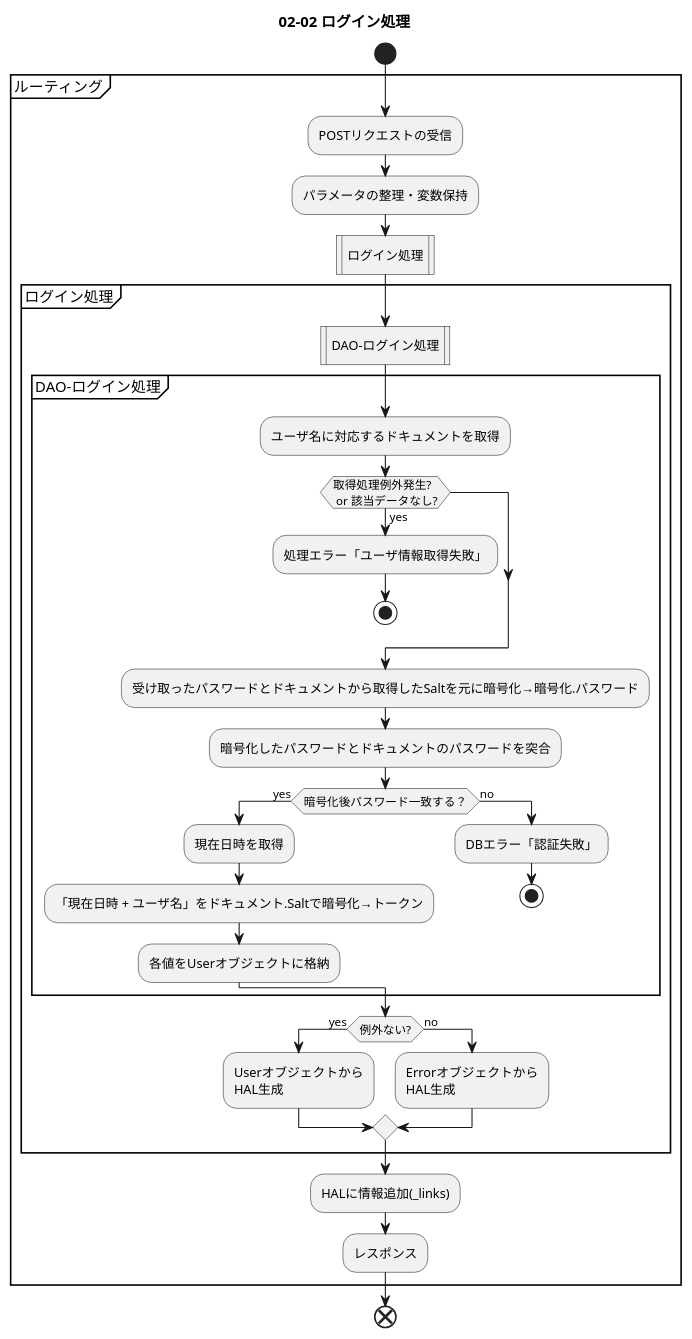
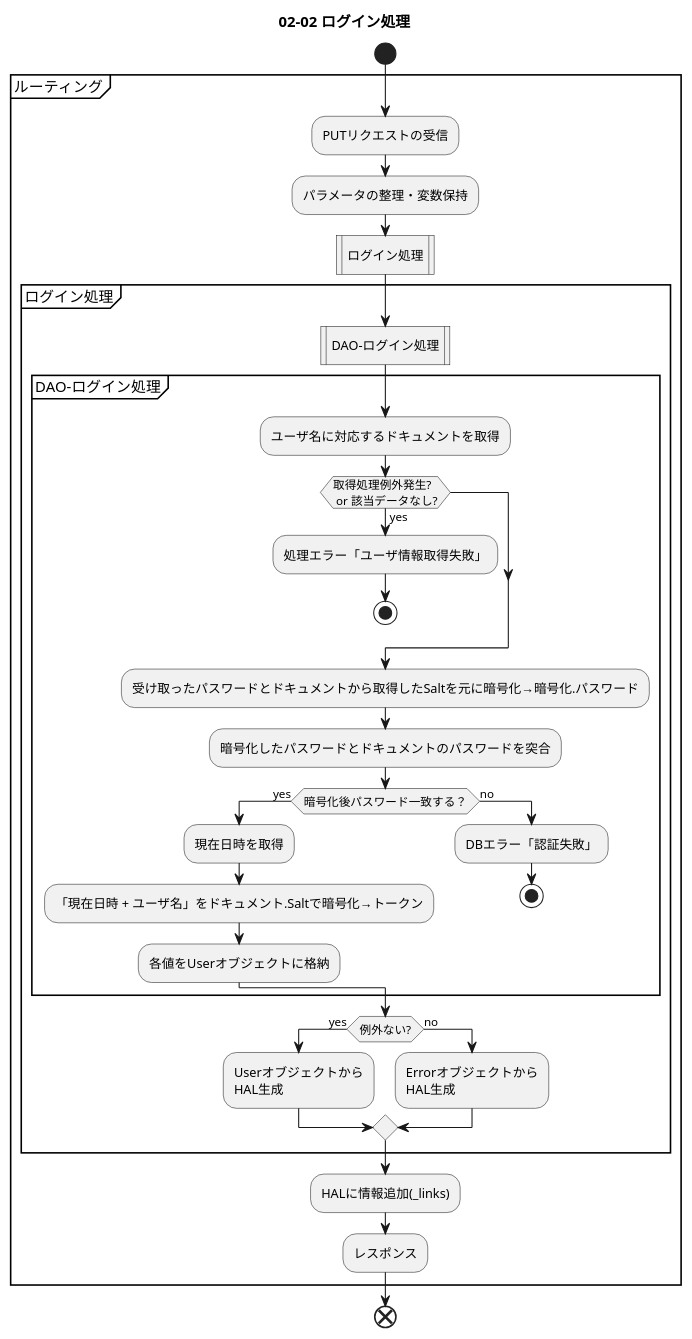
The diagram in design/02-design/02-02_ACT_login.puml (filunK/choikini), drawn with PlantUML before and after one commit. The commit also changed 7 other files, not shown here.

```diff
--- a/design/02-design/02-02_ACT_login.puml
+++ b/design/02-design/02-02_ACT_login.puml
@@ -1,55 +1,55 @@
 @startuml 02-02_ACT_ログイン処理
 title 02-02 ログイン処理
     start
     
     partition ルーティング {
 
-        :POSTリクエストの受信;
+        :PUTリクエストの受信;
         :パラメータの整理・変数保持;
         
         :ログイン処理|
         partition ログイン処理 {
             
             :DAO-ログイン処理|
             partition DAO-ログイン処理 {
                 
                 :ユーザ名に対応するドキュメントを取得;
                 if (取得処理例外発生? \n or 該当データなし?) then (yes)
                     :処理エラー「ユーザ情報取得失敗」;
                     stop
                     
                 endif
 
                 :受け取ったパスワードとドキュメントから取得したSaltを元に暗号化→暗号化.パスワード;
                 :暗号化したパスワードとドキュメントのパスワードを突合;
 
                 if (暗号化後パスワード一致する？) then (yes)
                     :現在日時を取得;
                     :「現在日時 + ユーザ名」をドキュメント.Saltで暗号化→トークン;
 
                     :各値をUserオブジェクトに格納;
 
                 else (no)
                     :DBエラー「認証失敗」;
                     stop
                     
                 endif
             }
 
 
             if (例外ない?) then (yes)
                 :Userオブジェクトから\nHAL生成;
             else (no)
                 :Errorオブジェクトから\nHAL生成;
             endif
             
         }
 
         :HALに情報追加(_links);
         :レスポンス;
         
     }
 
     end
 
 @enduml
```
